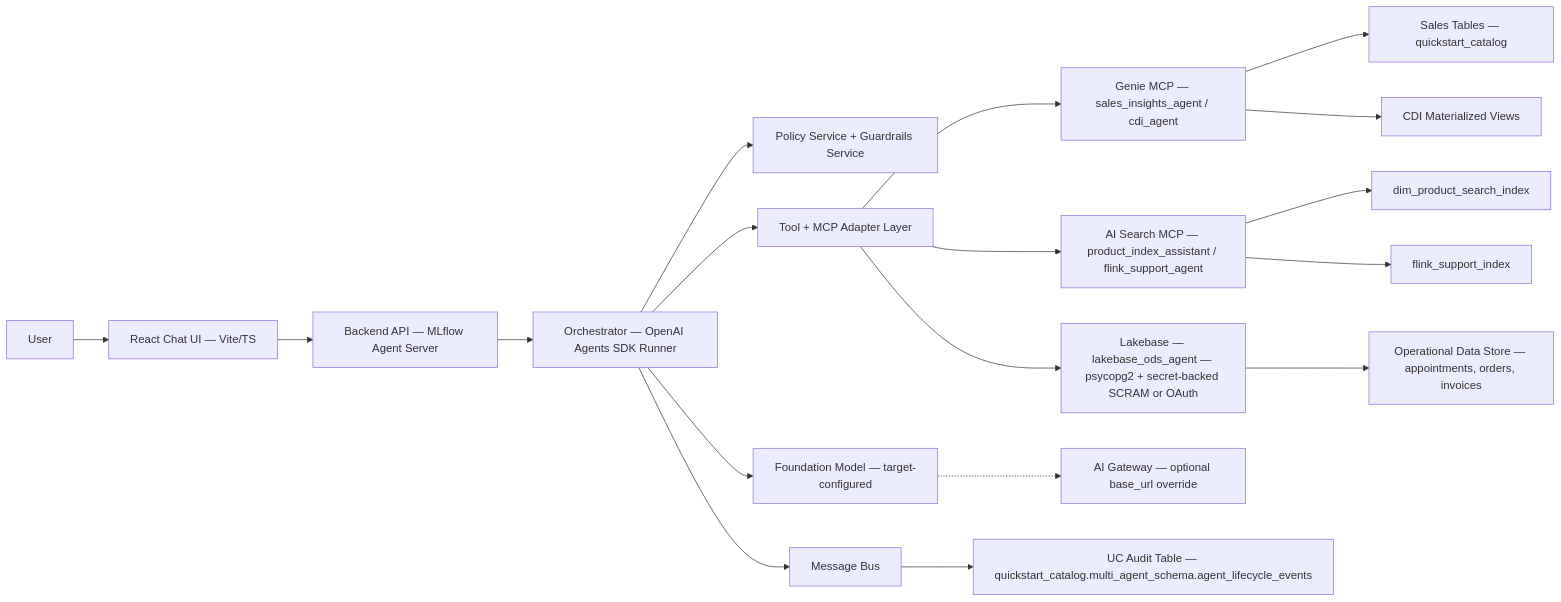
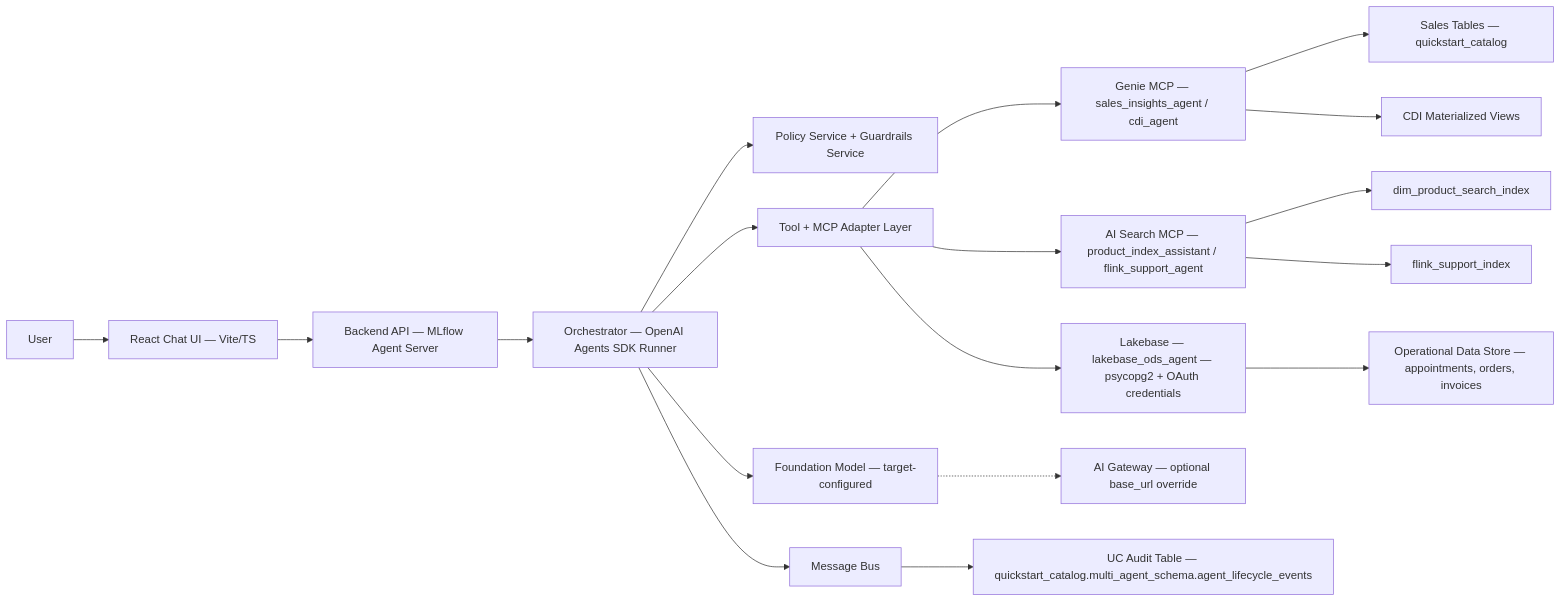
One commit to wchen-dea/Governed-Multi-Agent-Intelligence-on-Databricks changed the first of 4 diagrams in docs/architecture/design-artifacts/03-logical-high-level.md. Above: the diagram before and after it, drawn with Mermaid. The commit also changed 14 other files, not shown here.

````diff
--- a/docs/architecture/design-artifacts/03-logical-high-level.md
+++ b/docs/architecture/design-artifacts/03-logical-high-level.md
@@ -7,20 +7,20 @@
 ```mermaid
 flowchart LR
     User[User] --> FE[React Chat UI — Vite/TS]
     FE --> API[Backend API — MLflow Agent Server]
     API --> ORCH[Orchestrator — OpenAI Agents SDK Runner]
     ORCH --> POL[Policy Service + Guardrails Service]
     ORCH --> TOOL[Tool + MCP Adapter Layer]
     TOOL --> GENIE[Genie MCP — sales_insights_agent / cdi_agent]
     TOOL --> AIS[AI Search MCP — product_index_assistant / flink_support_agent]
-    TOOL --> LB[Lakebase — lakebase_ods_agent — psycopg2 + secret-backed SCRAM or OAuth]
+    TOOL --> LB[Lakebase — lakebase_ods_agent — psycopg2 + OAuth credentials]
     GENIE --> ST[Sales Tables — quickstart_catalog]
     GENIE --> MV[CDI Materialized Views]
     AIS --> PI[dim_product_search_index]
     AIS --> FS[flink_support_index]
     LB --> OD[Operational Data Store — appointments, orders, invoices]
     ORCH --> FM[Foundation Model — target-configured]
     FM -.-> AIGW[AI Gateway — optional base_url override]
     ORCH --> BUS[Message Bus]
     BUS --> AUDIT[UC Audit Table — quickstart_catalog.multi_agent_schema.agent_lifecycle_events]
 ```
````
